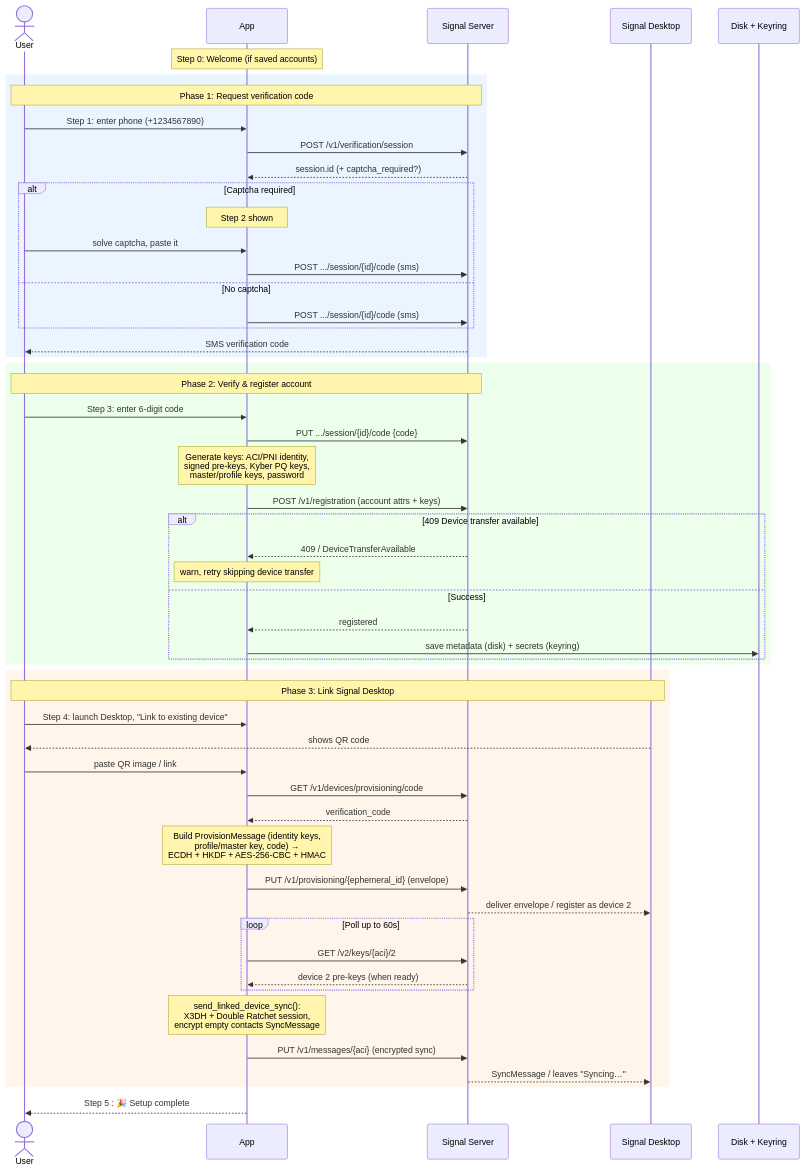
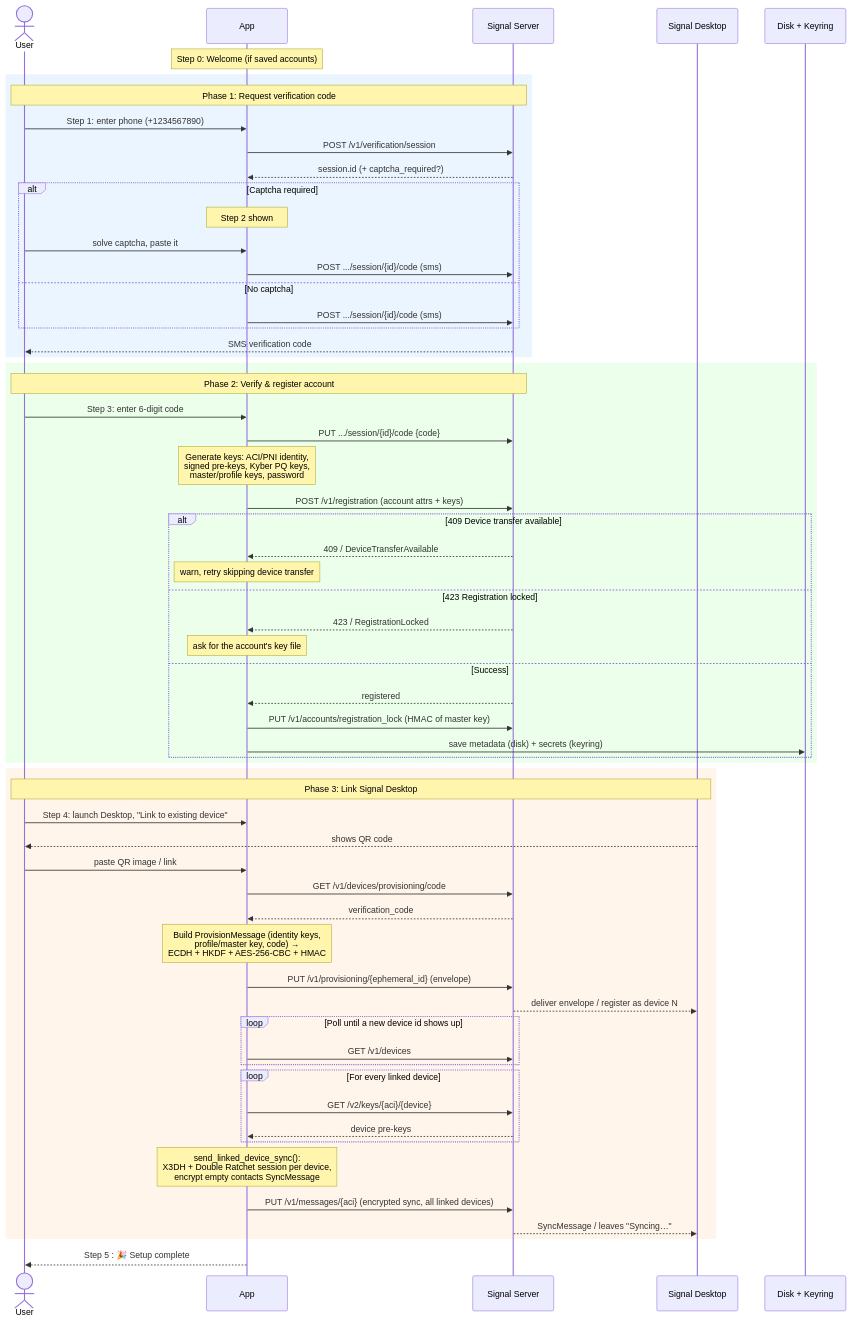
One commit to almet/signal-without-smartphone changed the diagram in README.md. Above: the diagram before and after it, drawn with Mermaid. The commit also changed other lines of this file and 8 other files, not shown here.

````diff
--- a/README.md
+++ b/README.md
@@ -131,62 +161,69 @@
 ```mermaid
 %%{init: {'theme':'default', 'themeVariables': {'background':'#ffffff'}}}%%
 sequenceDiagram
     actor User
     participant App as App
     participant Server as Signal Server
     participant Desktop as Signal Desktop
     participant Store as Disk + Keyring
 
     Note over App: Step 0: Welcome (if saved accounts)
 
     rect rgb(235,245,255)
     Note over User,Server: Phase 1: Request verification code
     User->>App: Step 1: enter phone (+1234567890)
     App->>Server: POST /v1/verification/session
     Server-->>App: session.id (+ captcha_required?)
     alt Captcha required
         Note over App: Step 2 shown
         User->>App: solve captcha, paste it
         App->>Server: POST .../session/{id}/code (sms)
     else No captcha
         App->>Server: POST .../session/{id}/code (sms)
     end
     Server-->>User: SMS verification code
     end
 
     rect rgb(235,255,235)
     Note over User,Server: Phase 2: Verify & register account
     User->>App: Step 3: enter 6-digit code
     App->>Server: PUT .../session/{id}/code {code}
     Note over App: Generate keys: ACI/PNI identity,<br/>signed pre-keys, Kyber PQ keys,<br/>master/profile keys, password
     App->>Server: POST /v1/registration (account attrs + keys)
     alt 409 Device transfer available
         Server-->>App: 409 / DeviceTransferAvailable
         Note over App: warn, retry skipping device transfer
+    else 423 Registration locked
+        Server-->>App: 423 / RegistrationLocked
+        Note over App: ask for the account's key file
     else Success
         Server-->>App: registered
+        App->>Server: PUT /v1/accounts/registration_lock (HMAC of master key)
         App->>Store: save metadata (disk) + secrets (keyring)
     end
     end
 
     rect rgb(255,245,235)
     Note over User,Desktop: Phase 3: Link Signal Desktop
     User->>App: Step 4: launch Desktop, "Link to existing device"
     Desktop-->>User: shows QR code
     User->>App: paste QR image / link
     App->>Server: GET /v1/devices/provisioning/code
     Server-->>App: verification_code
     Note over App: Build ProvisionMessage (identity keys,<br/>profile/master key, code) →<br/>ECDH + HKDF + AES-256-CBC + HMAC
     App->>Server: PUT /v1/provisioning/{ephemeral_id} (envelope)
-    Server-->>Desktop: deliver envelope / register as device 2
-    loop Poll up to 60s
-        App->>Server: GET /v2/keys/{aci}/2
-        Server-->>App: device 2 pre-keys (when ready)
+    Server-->>Desktop: deliver envelope / register as device N
+    loop Poll until a new device id shows up
+        App->>Server: GET /v1/devices
     end
-    Note over App: send_linked_device_sync():<br/>X3DH + Double Ratchet session,<br/>encrypt empty contacts SyncMessage
-    App->>Server: PUT /v1/messages/{aci} (encrypted sync)
+    loop For every linked device
+        App->>Server: GET /v2/keys/{aci}/{device}
+        Server-->>App: device pre-keys
+    end
+    Note over App: send_linked_device_sync():<br/>X3DH + Double Ratchet session per device,<br/>encrypt empty contacts SyncMessage
+    App->>Server: PUT /v1/messages/{aci} (encrypted sync, all linked devices)
     Server-->>Desktop: SyncMessage / leaves "Syncing…"
     end
 
     App-->>User: Step 5 : 🎉 Setup complete
 ```
````
